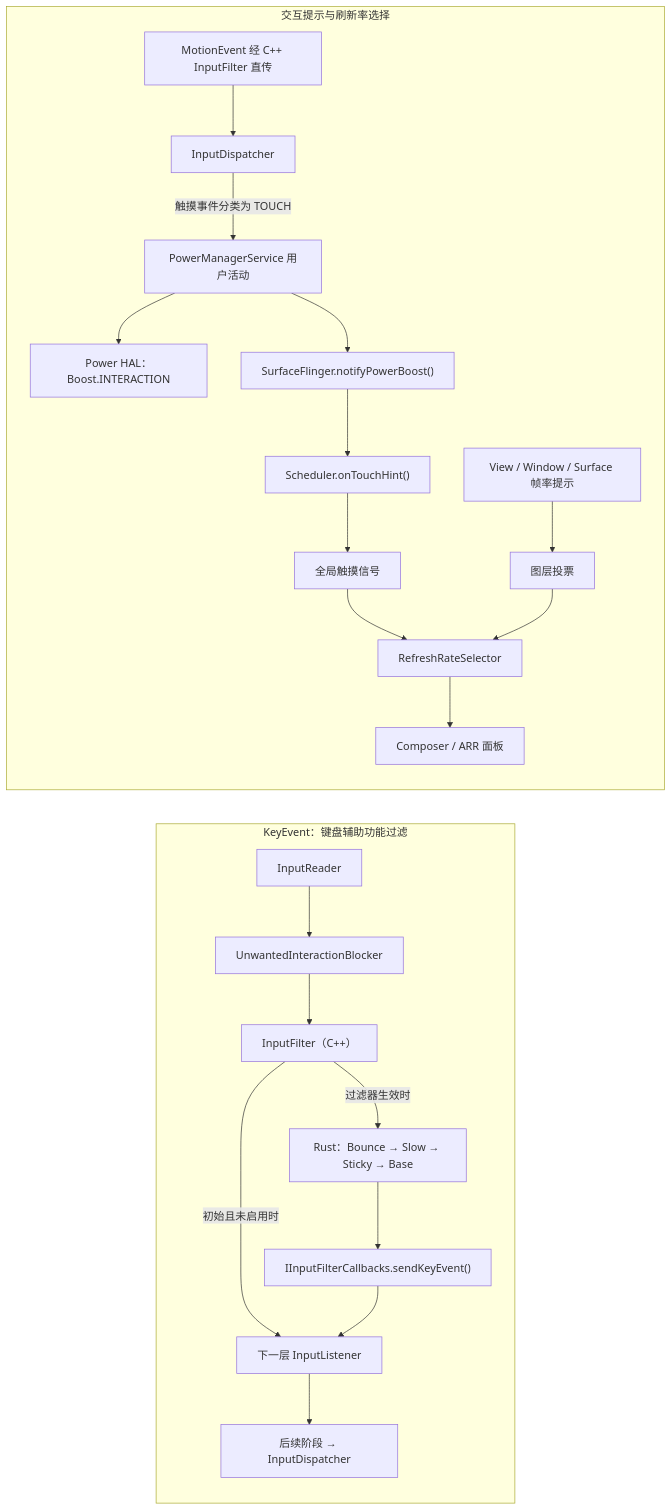
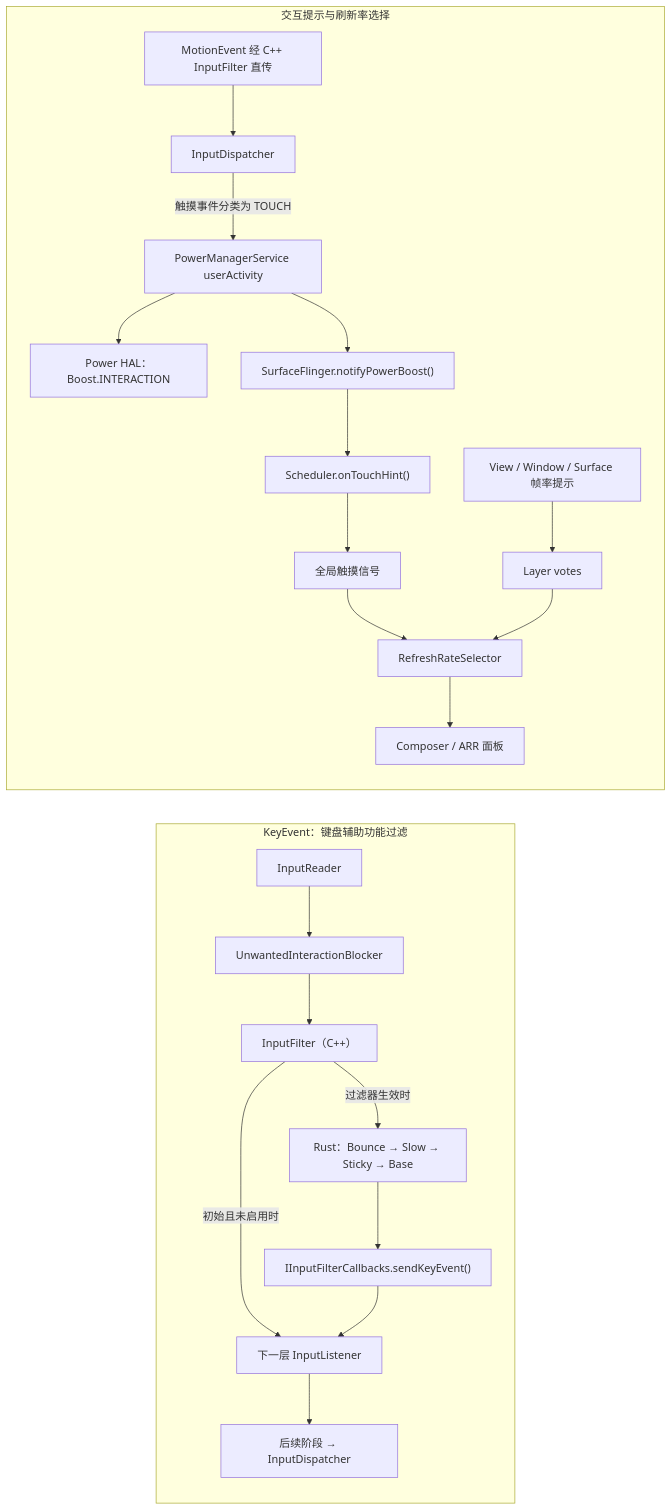
Before and after one commit to Gracker/android-internals-wiki: the diagram in src/part1-fundamentals/ch03-input/08-inputflinger-rust-arr.md, drawn with Mermaid. The commit also changed other lines of this file and 4 other files, not shown here.

````diff
--- a/src/part1-fundamentals/ch03-input/08-inputflinger-rust-arr.md
+++ b/src/part1-fundamentals/ch03-input/08-inputflinger-rust-arr.md
@@ -108,25 +108,25 @@
 ```mermaid
 flowchart LR
     subgraph KeyPath["KeyEvent：键盘辅助功能过滤"]
         KR["InputReader"] --> KB["UnwantedInteractionBlocker"]
         KB --> KF["InputFilter（C++）"]
         KF -->|过滤器生效时| RB["Rust：Bounce → Slow → Sticky → Base"]
         KF -->|初始且未启用时| KN["下一层 InputListener"]
         RB --> KC["IInputFilterCallbacks.sendKeyEvent()"]
         KC --> KN
         KN --> KD["后续阶段 → InputDispatcher"]
     end
 
     subgraph InteractionPath["交互提示与刷新率选择"]
         MR["MotionEvent 经 C++ InputFilter 直传"] --> ID["InputDispatcher"]
-        ID -->|触摸事件分类为 TOUCH| PM["PowerManagerService 用户活动"]
+        ID -->|触摸事件分类为 TOUCH| PM["PowerManagerService userActivity"]
         PM --> PB["Power HAL：Boost.INTERACTION"]
         PM --> SF["SurfaceFlinger.notifyPowerBoost()"]
         SF --> SH["Scheduler.onTouchHint()"]
         SH --> GS["全局触摸信号"]
-        VH["View / Window / Surface 帧率提示"] --> LV["图层投票"]
+        VH["View / Window / Surface 帧率提示"] --> LV["Layer votes"]
         GS --> RR["RefreshRateSelector"]
         LV --> RR
         RR --> HW["Composer / ARR 面板"]
     end
 ```
````
